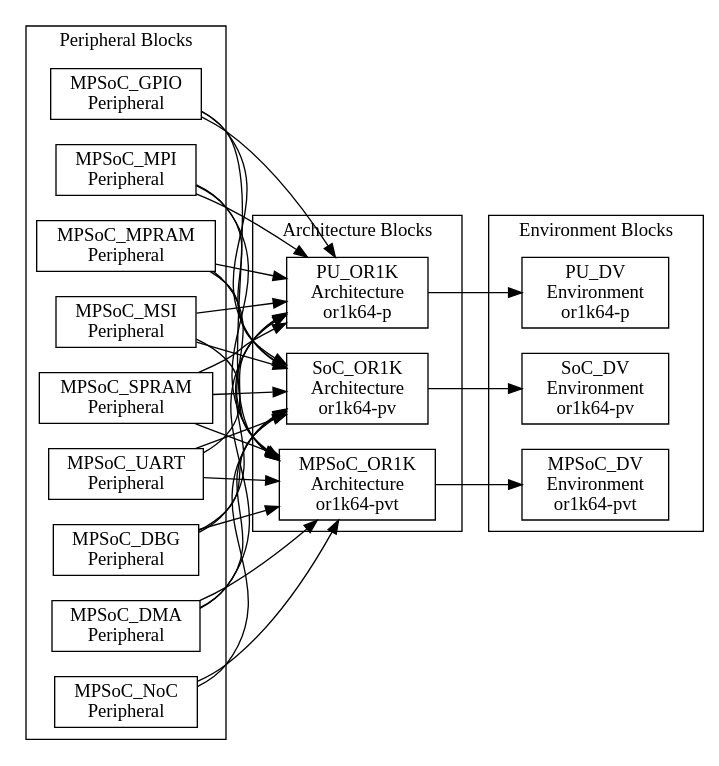
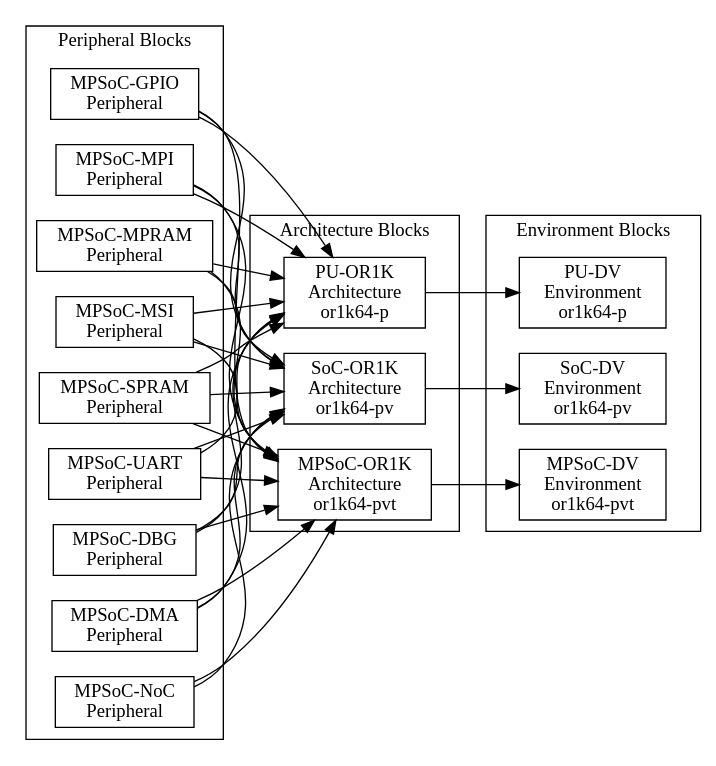
The diagram in doc/isa/assets/dependences-global.dot (PacoReinaCampo/MPSoC-OR1K), drawn with Graphviz before and after one commit. The commit also changed 95 other files, not shown here.

```diff
--- a/doc/isa/assets/dependences-global.dot
+++ b/doc/isa/assets/dependences-global.dot
@@ -1,69 +1,69 @@
 digraph Project {
   // Introduction
   graph [rankdir = LR];
   node[shape=record];
 
   // Peripheral Blocks
   subgraph "cluster PeripheralBlocks" { label = "Peripheral Blocks";
-    MPSoC_DBG[label="MPSoC_DBG\nPeripheral"];
-    MPSoC_DMA[label="MPSoC_DMA\nPeripheral"];
-    MPSoC_GPIO[label="MPSoC_GPIO\nPeripheral"];
-    MPSoC_MPI[label="MPSoC_MPI\nPeripheral"];
-    MPSoC_MPRAM[label="MPSoC_MPRAM\nPeripheral"];
-    MPSoC_MSI[label="MPSoC_MSI\nPeripheral"];
-    MPSoC_NoC[label="MPSoC_NoC\nPeripheral"];
-    MPSoC_SPRAM[label="MPSoC_SPRAM\nPeripheral"];
-    MPSoC_UART[label="MPSoC_UART\nPeripheral"];
+    MPSoC_DBG[label="MPSoC-DBG\nPeripheral"];
+    MPSoC_DMA[label="MPSoC-DMA\nPeripheral"];
+    MPSoC_GPIO[label="MPSoC-GPIO\nPeripheral"];
+    MPSoC_MPI[label="MPSoC-MPI\nPeripheral"];
+    MPSoC_MPRAM[label="MPSoC-MPRAM\nPeripheral"];
+    MPSoC_MSI[label="MPSoC-MSI\nPeripheral"];
+    MPSoC_NoC[label="MPSoC-NoC\nPeripheral"];
+    MPSoC_SPRAM[label="MPSoC-SPRAM\nPeripheral"];
+    MPSoC_UART[label="MPSoC-UART\nPeripheral"];
   }
 
   // Architecture Blocks
   subgraph "cluster ArchitectureBlocks" { label = "Architecture Blocks";
-    MPSoC_OR1K[label="MPSoC_OR1K\nArchitecture\nor1k64-pvt"];
-    SoC_OR1K[label="SoC_OR1K\nArchitecture\nor1k64-pv"];
-    PU_OR1K[label="PU_OR1K\nArchitecture\nor1k64-p"];
+    MPSoC_OR1K[label="MPSoC-OR1K\nArchitecture\nor1k64-pvt"];
+    SoC_OR1K[label="SoC-OR1K\nArchitecture\nor1k64-pv"];
+    PU_OR1K[label="PU-OR1K\nArchitecture\nor1k64-p"];
   }
 
   // Environment Blocks
   subgraph "cluster EnvironmentBlocks" { label = "Environment Blocks";
-    MPSoC_DV[label="MPSoC_DV\nEnvironment\nor1k64-pvt"];
-    SoC_DV[label="SoC_DV\nEnvironment\nor1k64-pv"];
-    PU_DV[label="PU_DV\nEnvironment\nor1k64-p"];
+    MPSoC_DV[label="MPSoC-DV\nEnvironment\nor1k64-pvt"];
+    SoC_DV[label="SoC-DV\nEnvironment\nor1k64-pv"];
+    PU_DV[label="PU-DV\nEnvironment\nor1k64-p"];
   }
 
   // Peripheral -> Architecture
   MPSoC_DBG -> MPSoC_OR1K;
   MPSoC_DMA -> MPSoC_OR1K;
   MPSoC_GPIO -> MPSoC_OR1K;
   MPSoC_MPI -> MPSoC_OR1K;
   MPSoC_MPRAM -> MPSoC_OR1K;
   MPSoC_MSI -> MPSoC_OR1K;
   MPSoC_NoC -> MPSoC_OR1K;
   MPSoC_SPRAM -> MPSoC_OR1K;
   MPSoC_UART -> MPSoC_OR1K;
 
   MPSoC_DBG -> SoC_OR1K;
   MPSoC_DMA -> SoC_OR1K;
   MPSoC_GPIO -> SoC_OR1K;
   MPSoC_MPI -> SoC_OR1K;
   MPSoC_MPRAM -> SoC_OR1K;
   MPSoC_MSI -> SoC_OR1K;
   MPSoC_NoC -> SoC_OR1K;
   MPSoC_SPRAM -> SoC_OR1K;
   MPSoC_UART -> SoC_OR1K;
 
   MPSoC_DBG -> PU_OR1K;
   MPSoC_DMA -> PU_OR1K;
   MPSoC_GPIO -> PU_OR1K;
   MPSoC_MPI -> PU_OR1K;
   MPSoC_MPRAM -> PU_OR1K;
   MPSoC_MSI -> PU_OR1K;
   MPSoC_SPRAM -> PU_OR1K;
   MPSoC_UART -> PU_OR1K;
 
   // Architecture -> Environment
   PU_OR1K -> PU_DV;
 
   SoC_OR1K -> SoC_DV;
 
   MPSoC_OR1K -> MPSoC_DV;
 }
```
